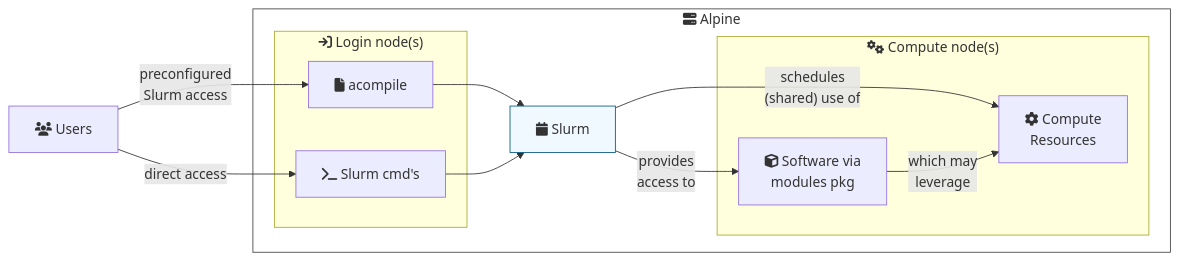
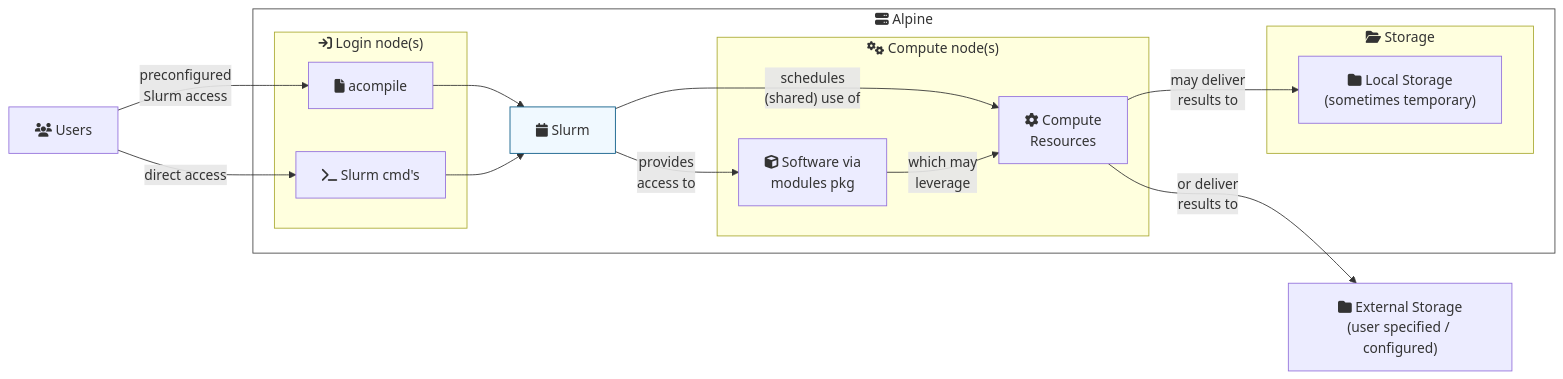
One commit to CU-DBMI/example-hpc-alpine-python changed the third of 7 diagrams in README.md. Above: the diagram before and after it, drawn with Mermaid. The commit also changed other lines of this file, not shown here.

````diff
--- a/README.md
+++ b/README.md
@@ -69,24 +80,31 @@
 ```mermaid
 flowchart LR
     users["fa:fa-users Users"]
     subgraph alpine["fa:fa-server Alpine"]
         acompile["fa:fa-file acompile"]
         slurm["fa:fa-calendar Slurm"]
+        subgraph login_nodes["fa:fa-sign-in Login node(s)"]
+            acompile["fa:fa-file acompile"]
+            slurm_cmd["fa:fa-terminal Slurm cmd's"]
+        end
         subgraph compute_nodes["fa:fa-cogs Compute node(s)"]
             hardware["fa:fa-cog Compute\nResources"]
             modules["fa:fa-cube Software via\nmodules pkg"]
         end
-        subgraph login_nodes["fa:fa-sign-in Login node(s)"]
-            acompile["fa:fa-file acompile"]
-            slurm_cmd["fa:fa-terminal Slurm cmd's"]
+        
+        subgraph storage["fa:fa-folder-open Storage"]
+            local_storage["fa:fa-folder Local Storage\n(sometimes temporary)"]
         end
     end
+    remote_storage["fa:fa-folder External Storage\n(user specified / configured)"]
 
     users --> | preconfigured\nSlurm access| acompile --> slurm
     users --> | direct access | slurm_cmd --> slurm
     slurm --> |"schedules\n(shared) use of"| hardware
     slurm --> | provides\naccess to| modules --> | which may\n leverage| hardware
+    hardware --> | may deliver\nresults to| local_storage
+    hardware --> | or deliver\nresults to| remote_storage
 
 style alpine fill:#ffffff,stroke:#444444;
 style slurm fill:#F0F9FF,stroke:#075985;
 ```
````
